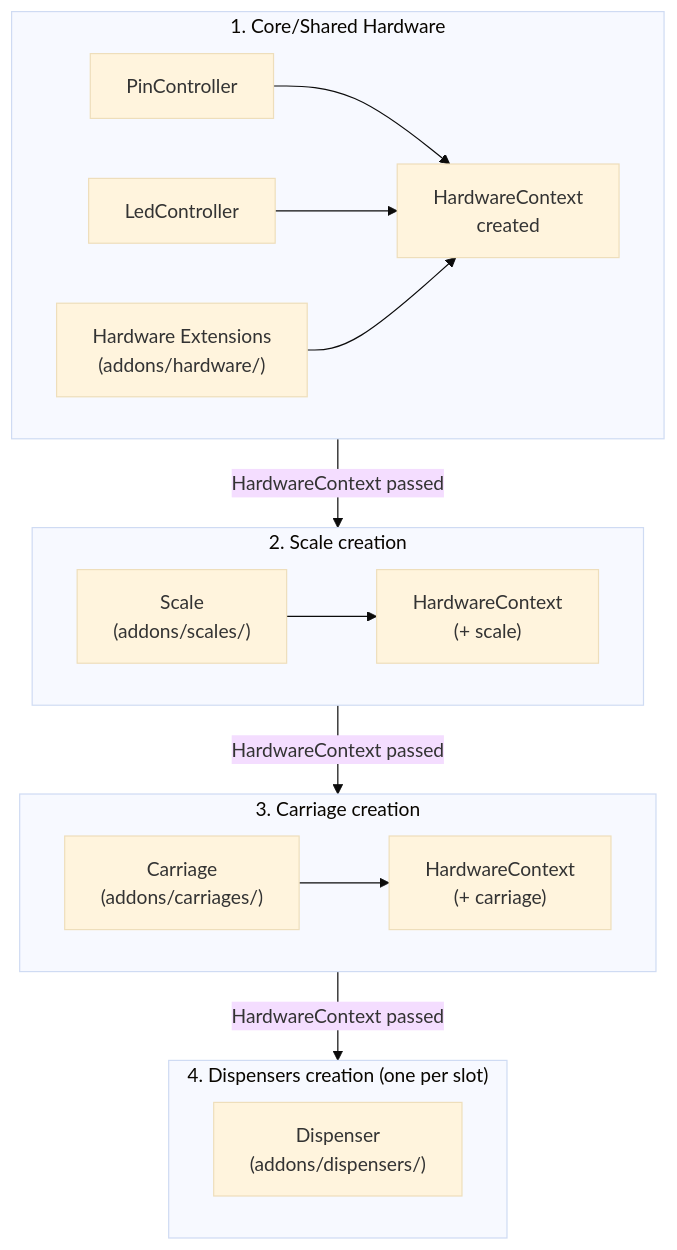
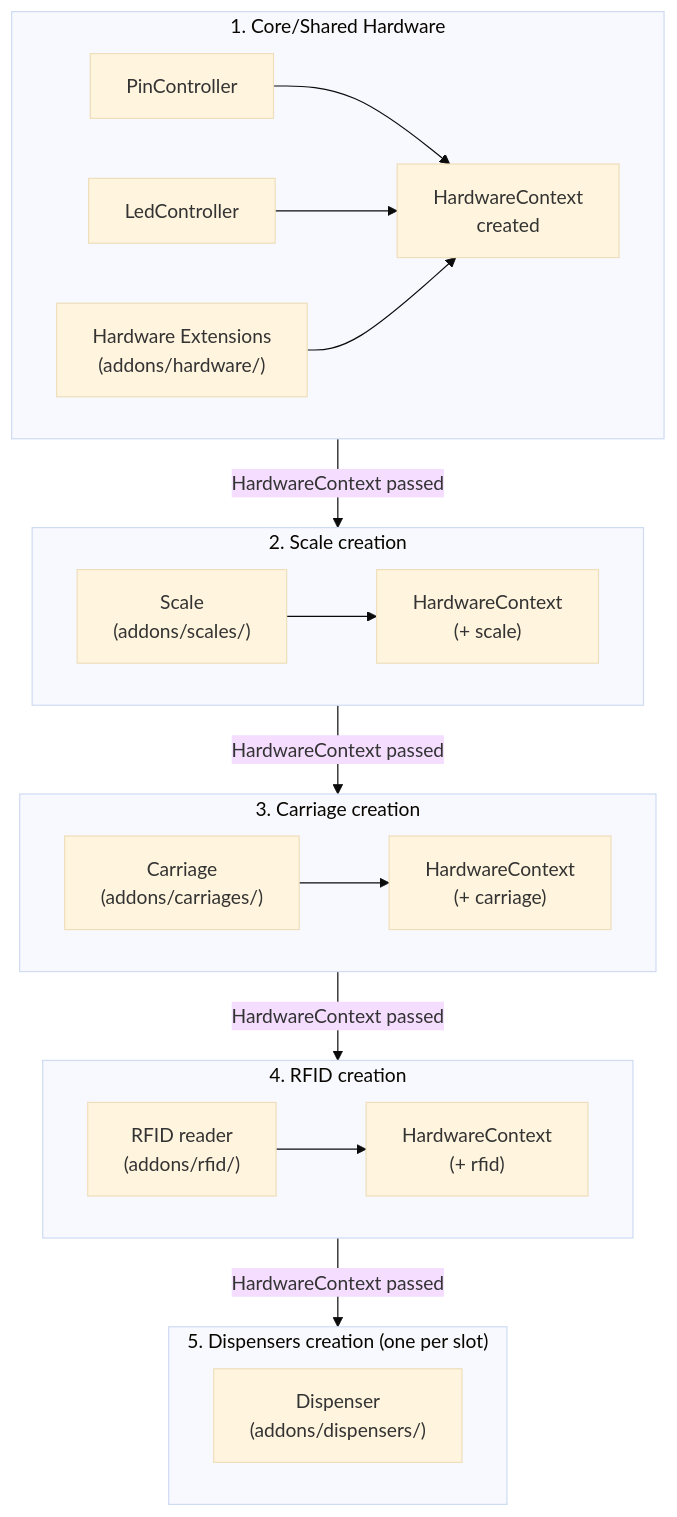
One commit to AndreWohnsland/CocktailBerry changed the diagram in docs/hardware-extensions/index.md. Above: the diagram before and after it, drawn with Mermaid (base theme). The commit also changed other lines of this file and 30 other files, not shown here.

````diff
--- a/docs/hardware-extensions/index.md
+++ b/docs/hardware-extensions/index.md
@@ -25,32 +26,39 @@
 ```mermaid
 flowchart TD
     subgraph stage1["1. Core/Shared Hardware"]
         pin["PinController"]
         led["LedController"]
         hw_ext["Hardware Extensions\n(addons/hardware/)"]
         pin --> hctx
         led --> hctx
         hw_ext --> hctx
         hctx["HardwareContext\ncreated"]
     end
 
     stage1 -->|"HardwareContext passed"| stage2
 
     subgraph stage2["2. Scale creation"]
         scale["Scale\n(addons/scales/)"]
     scale --> hctx2["HardwareContext\n(+ scale)"]
     end
 
     stage2 -->|"HardwareContext passed"| stage3
 
     subgraph stage3["3. Carriage creation"]
         carriage["Carriage\n(addons/carriages/)"]
         carriage --> hctx3["HardwareContext\n(+ carriage)"]
     end
 
-    stage3 -->|"HardwareContext passed"| dispensers
+    stage3 -->|"HardwareContext passed"| stage4
 
-    subgraph dispensers["4. Dispensers creation (one per slot)"]
+    subgraph stage4["4. RFID creation"]
+        rfid["RFID reader\n(addons/rfid/)"]
+        rfid --> hctx4["HardwareContext\n(+ rfid)"]
+    end
+
+    stage4 -->|"HardwareContext passed"| dispensers
+
+    subgraph dispensers["5. Dispensers creation (one per slot)"]
         custom["Dispenser\n(addons/dispensers/)"]
     end
 ```
````
